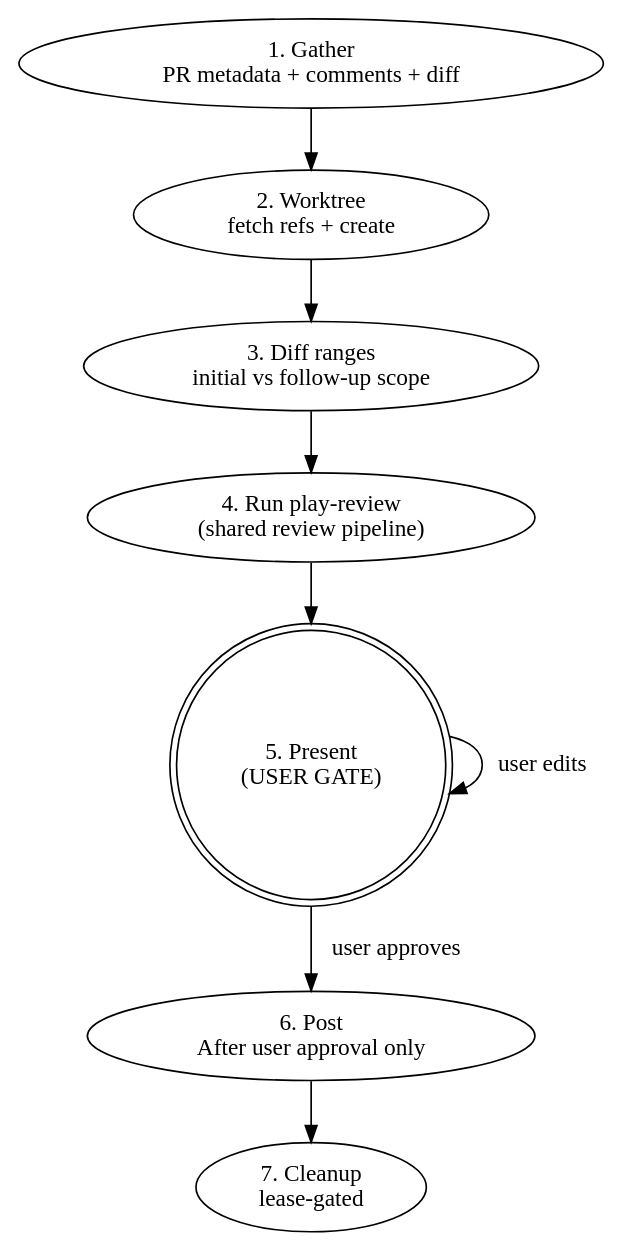
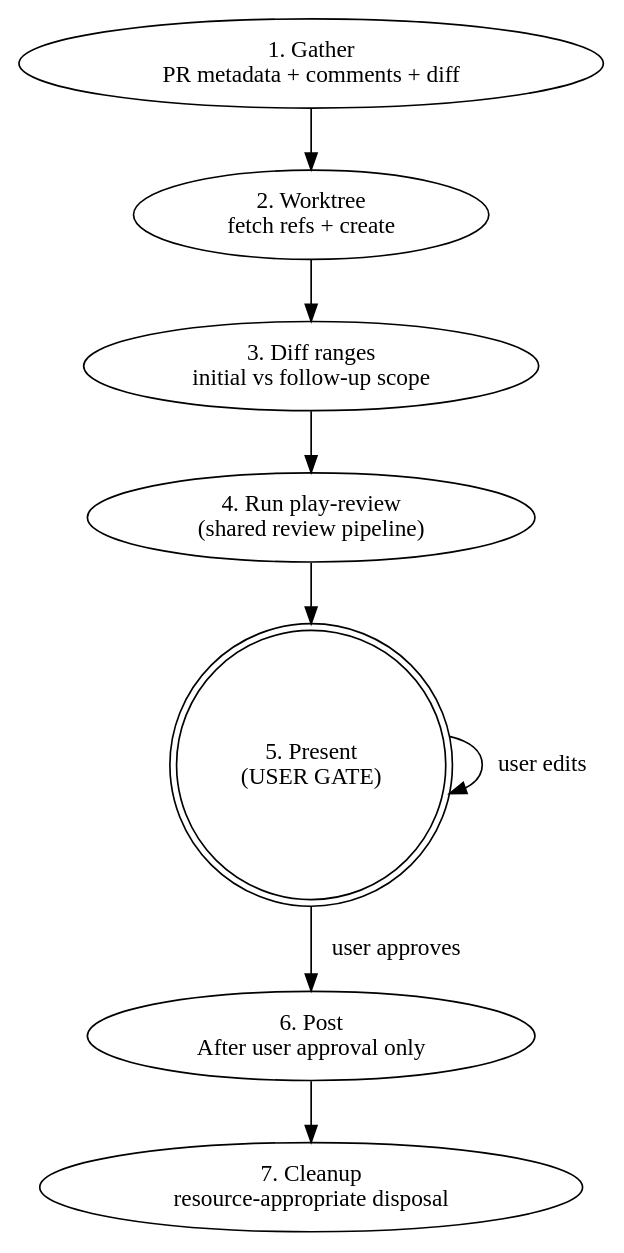
One commit to ryumiel/devcanon changed the diagram in skills/pr-review/SKILL.md. Above: the diagram before and after it, drawn with Graphviz. The commit also changed other lines of this file and 6 other files, not shown here.

````diff
--- a/skills/pr-review/SKILL.md
+++ b/skills/pr-review/SKILL.md
@@ -69,17 +69,17 @@
 ```dot
 digraph pr_review {
   rankdir=TB;
   gather [label="1. Gather\nPR metadata + comments + diff"];
   worktree [label="2. Worktree\nfetch refs + create"];
   ranges [label="3. Diff ranges\ninitial vs follow-up scope"];
   delegate [label="4. Run play-review\n(shared review pipeline)"];
   present [label="5. Present\n(USER GATE)", shape=doublecircle];
   post [label="6. Post\nAfter user approval only"];
-  cleanup [label="7. Cleanup\nlease-gated"];
+  cleanup [label="7. Cleanup\nresource-appropriate disposal"];
 
   gather -> worktree -> ranges -> delegate -> present;
   present -> post [label="user approves"];
   present -> present [label="user edits"];
   post -> cleanup;
 }
 ```
````
